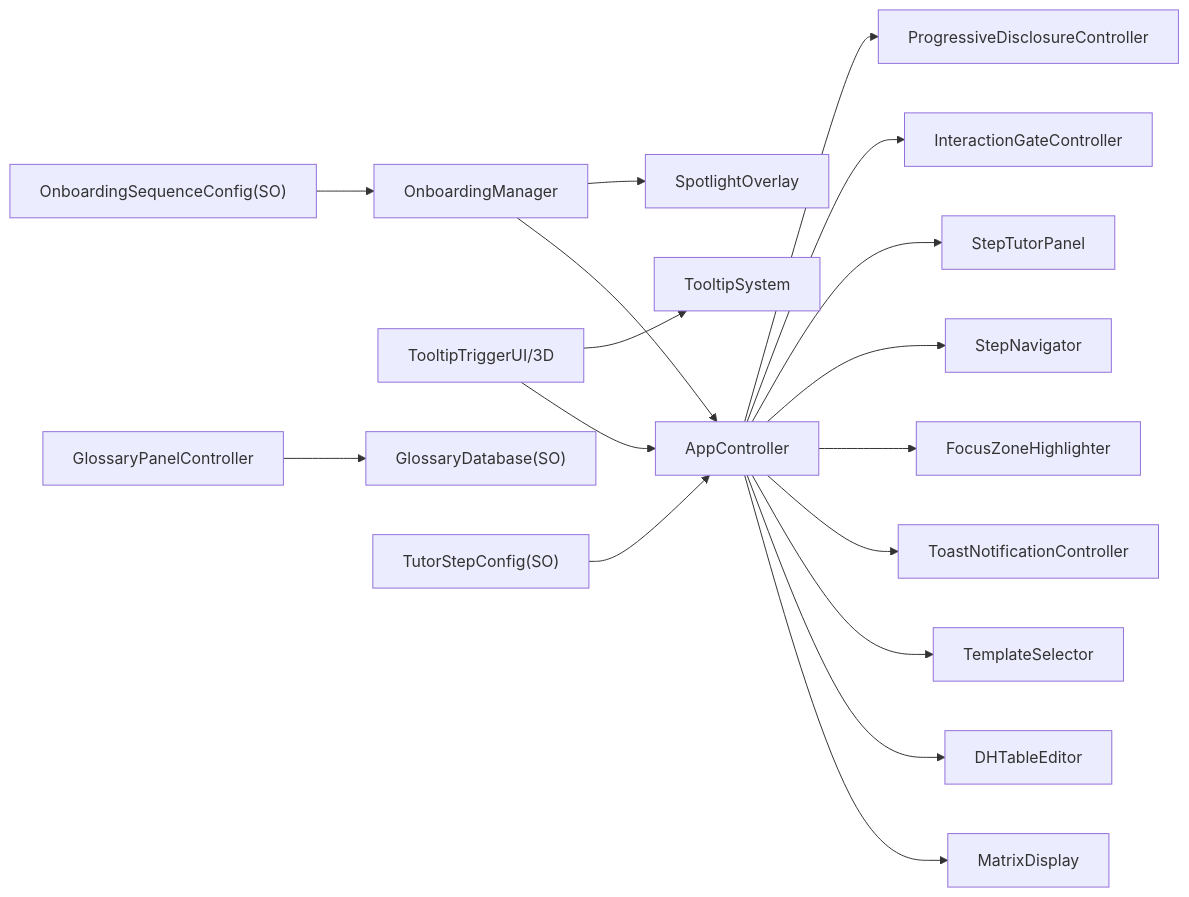
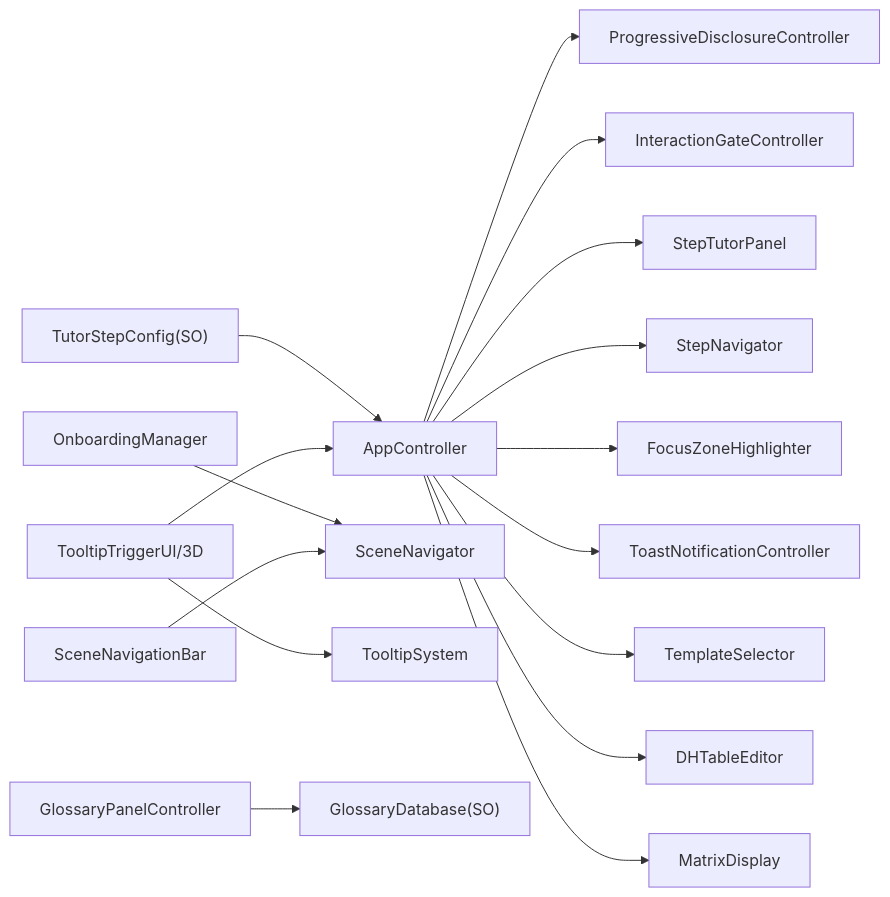
The second of 6 diagrams in docs/ref/architecture-diagrams.md (kimjuyoung1127/robotapp), drawn with Mermaid before and after one commit. The commit also changed other lines of this file and 26 other files, not shown here.

Commit message:
feat: split onboarding and main scene flow

````diff
--- a/docs/ref/architecture-diagrams.md
+++ b/docs/ref/architecture-diagrams.md
@@ -8,23 +20,22 @@
 ```mermaid
 flowchart LR
   A["AppController"] --> B["ProgressiveDisclosureController"]
   A --> C["InteractionGateController"]
   A --> D["StepTutorPanel"]
   A --> E["StepNavigator"]
   A --> F["FocusZoneHighlighter"]
   A --> G["ToastNotificationController"]
   A --> P["TemplateSelector"]
   A --> Q["DHTableEditor"]
   A --> R["MatrixDisplay"]
 
-  H["OnboardingManager"] --> I["SpotlightOverlay"]
-  H --> A
+  H["SceneNavigationBar"] --> S["SceneNavigator"]
+  T["OnboardingManager"] --> S
 
   J["TooltipTriggerUI/3D"] --> K["TooltipSystem"]
   J --> A
 
   L["GlossaryPanelController"] --> M["GlossaryDatabase(SO)"]
 
   N["TutorStepConfig(SO)"] --> A
-  O["OnboardingSequenceConfig(SO)"] --> H
 ```
````
